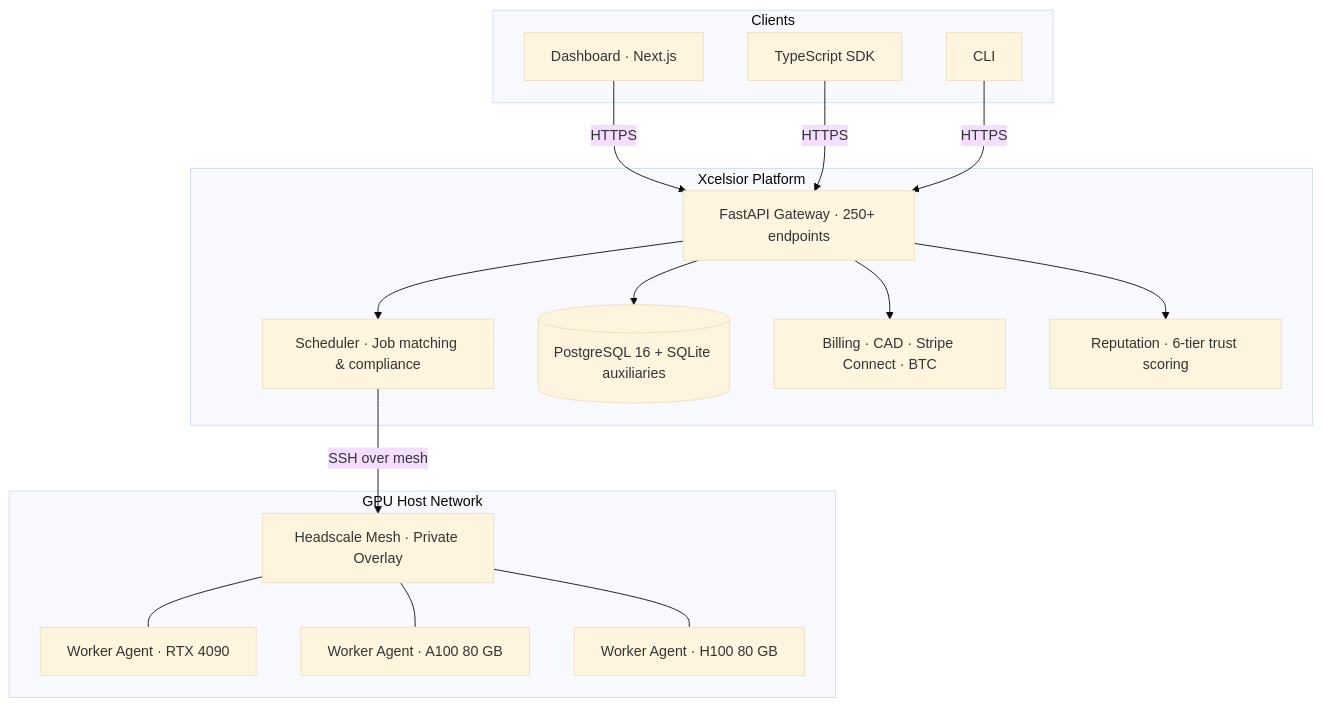
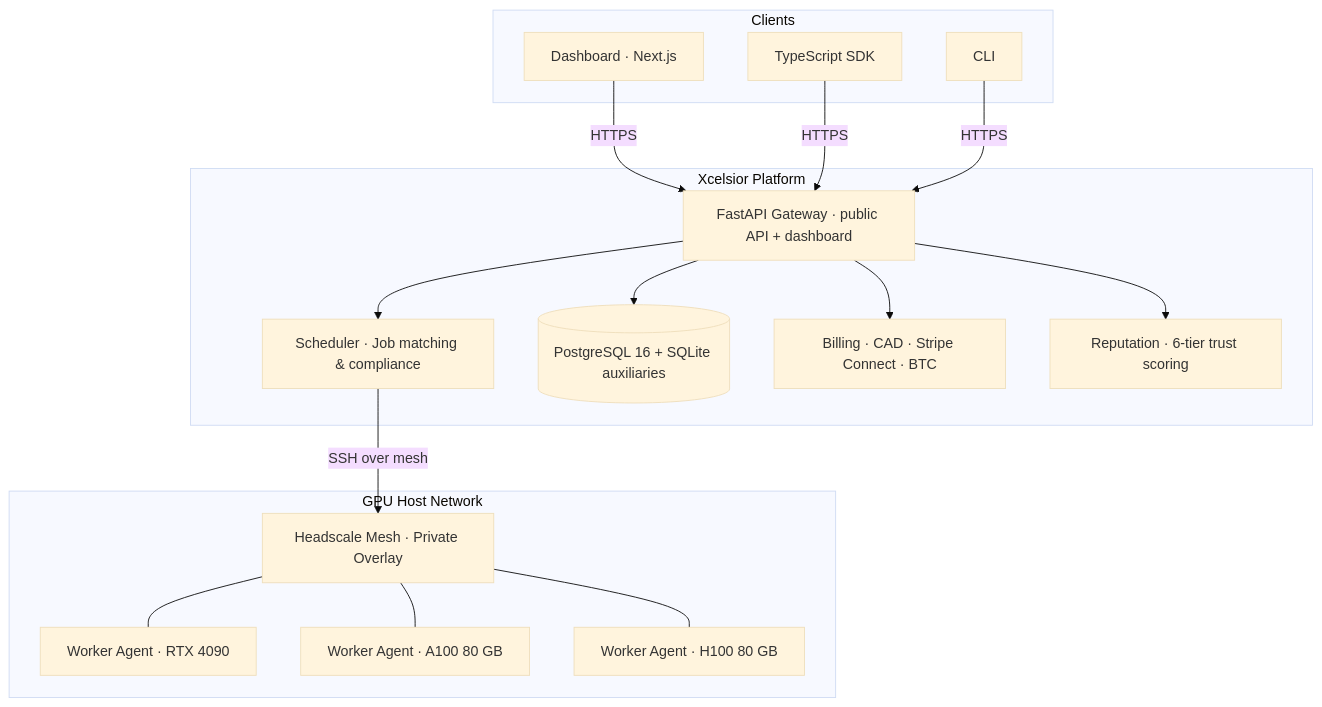
One commit to aabiro/xcelsior changed the first of 2 diagrams in README.md. Above: the diagram before and after it, drawn with Mermaid (base theme). The commit also changed other lines of this file and 25 other files, not shown here.

````diff
--- a/README.md
+++ b/README.md
@@ -25,31 +25,31 @@
 ```mermaid
 graph TB
     subgraph clients["Clients"]
         dashboard["Dashboard · Next.js"]
         sdk["TypeScript SDK"]
         cli["CLI"]
     end
 
     subgraph platform["Xcelsior Platform"]
-        api["FastAPI Gateway · 250+ endpoints"]
+        api["FastAPI Gateway · public API + dashboard"]
         scheduler["Scheduler · Job matching & compliance"]
         db[("PostgreSQL 16 + SQLite auxiliaries")]
         billing["Billing · CAD · Stripe Connect · BTC"]
         reputation["Reputation · 6-tier trust scoring"]
     end
 
     subgraph hosts["GPU Host Network"]
         mesh["Headscale Mesh · Private Overlay"]
         worker1["Worker Agent · RTX 4090"]
         worker2["Worker Agent · A100 80 GB"]
         worker3["Worker Agent · H100 80 GB"]
     end
 
     dashboard & sdk & cli -->|HTTPS| api
     api --> scheduler
     api --> db
     api --> billing
     api --> reputation
     scheduler -->|SSH over mesh| mesh
     mesh --- worker1 & worker2 & worker3
 ```
````
